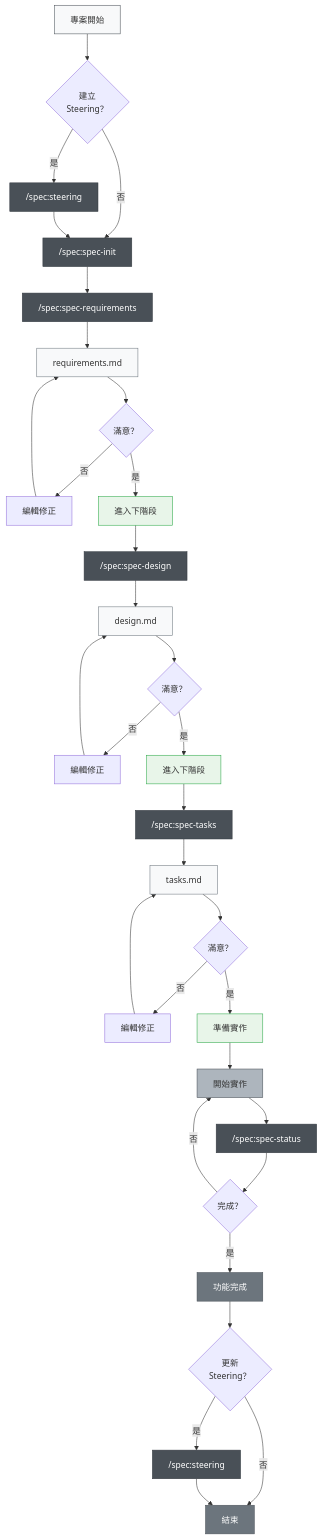
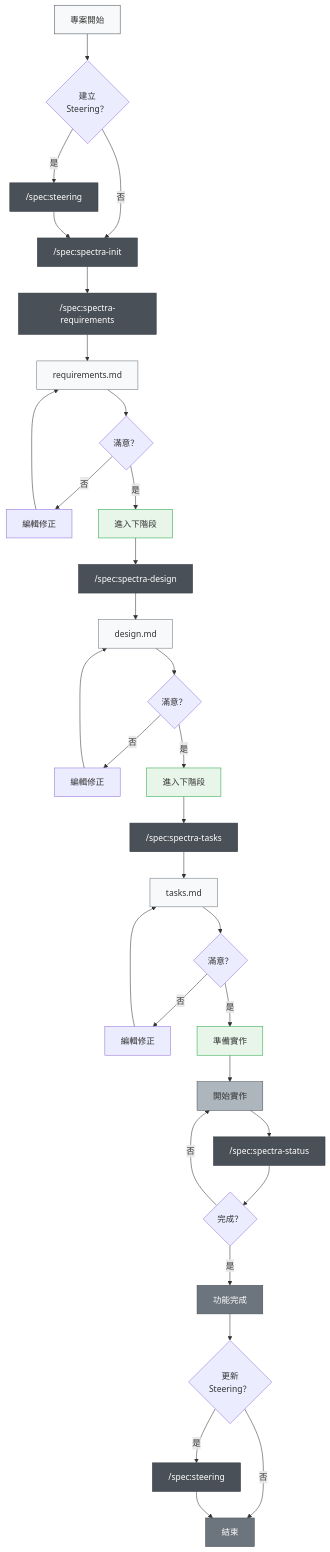
Before and after one commit to nekolife1984/spectra: the first of 2 diagrams in docs/README/README_zh-TW.md, drawn with Mermaid. The commit also changed other lines of this file and 658 other files, not shown here.

First line of the commit message:
Rename spec prefix → spectra

````diff
--- a/docs/README/README_zh-TW.md
+++ b/docs/README/README_zh-TW.md
@@ -130,58 +130,58 @@
 ```mermaid
 graph TD
     A["專案開始"] --> B{"建立<br/>Steering？"}
     B -->|是| C["/spec:steering"]
-    B -->|否| D["/spec:spec-init"]
+    B -->|否| D["/spec:spectra-init"]
     C --> D
     
-    D --> E["/spec:spec-requirements"]
+    D --> E["/spec:spectra-requirements"]
     E --> F["requirements.md"]
     F --> G{"滿意？"}
     G -->|否| G1["編輯修正"]
     G1 --> F
     G -->|是| H["進入下階段"]
     
-    H --> I["/spec:spec-design"]
+    H --> I["/spec:spectra-design"]
     I --> J["design.md"]
     J --> K{"滿意？"}
     K -->|否| K1["編輯修正"]
     K1 --> J
     K -->|是| L["進入下階段"]
     
-    L --> M["/spec:spec-tasks"]
+    L --> M["/spec:spectra-tasks"]
     M --> N["tasks.md"]
     N --> O{"滿意？"}
     O -->|否| O1["編輯修正"]
     O1 --> N
     O -->|是| P["準備實作"]
     
     P --> Q["開始實作"]
-    Q --> R["/spec:spec-status"]
+    Q --> R["/spec:spectra-status"]
     R --> S{"完成？"}
     S -->|否| Q
     S -->|是| T["功能完成"]
     
     T --> U{"更新<br/>Steering？"}
     U -->|是| V["/spec:steering"]
     U -->|否| W["結束"]
     V --> W
     
     %% 樣式定義
     style A fill:#f8f9fa,stroke:#495057
     style C fill:#495057,stroke:#343a40,color:#ffffff
     style D fill:#495057,stroke:#343a40,color:#ffffff
     style E fill:#495057,stroke:#343a40,color:#ffffff
     style I fill:#495057,stroke:#343a40,color:#ffffff
     style M fill:#495057,stroke:#343a40,color:#ffffff
     style R fill:#495057,stroke:#343a40,color:#ffffff
     style V fill:#495057,stroke:#343a40,color:#ffffff
     style F fill:#f8f9fa,stroke:#6c757d
     style J fill:#f8f9fa,stroke:#6c757d
     style N fill:#f8f9fa,stroke:#6c757d
     style H fill:#e8f5e9,stroke:#28a745
     style L fill:#e8f5e9,stroke:#28a745
     style P fill:#e8f5e9,stroke:#28a745
     style Q fill:#adb5bd,stroke:#495057
     style T fill:#6c757d,stroke:#495057,color:#ffffff
     style W fill:#6c757d,stroke:#495057,color:#ffffff
 ```
````
